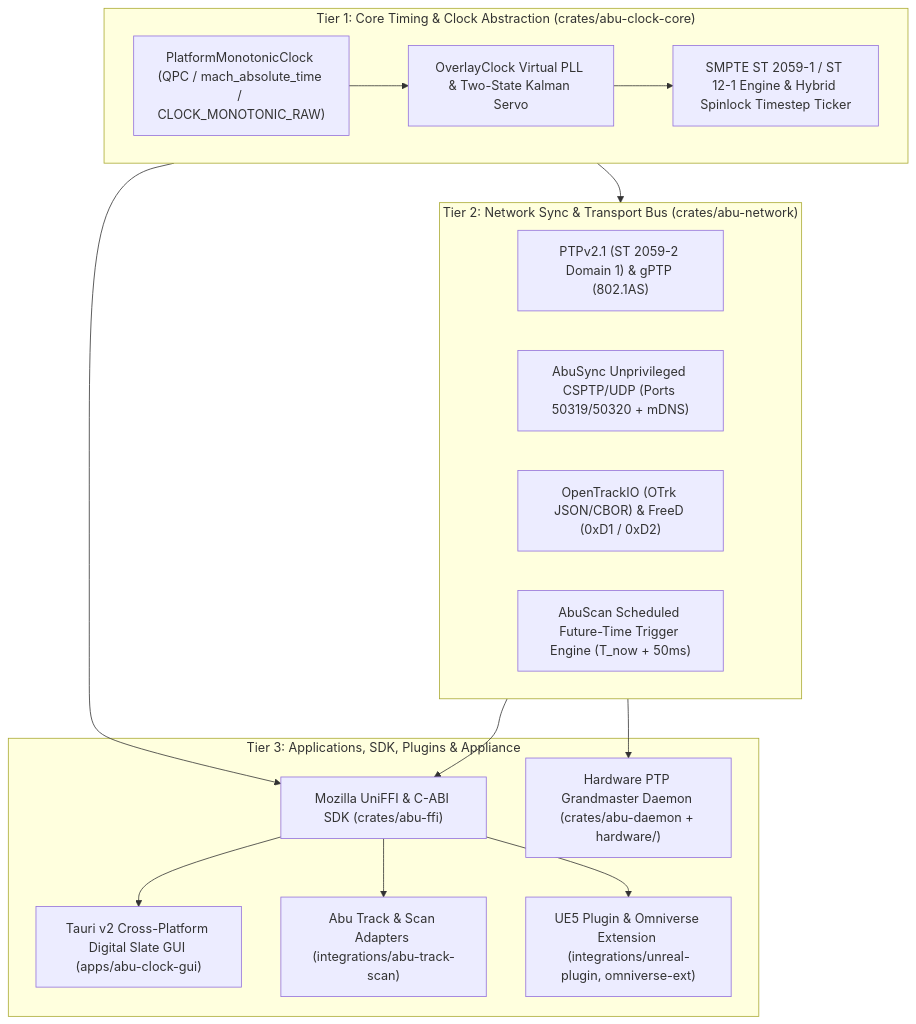
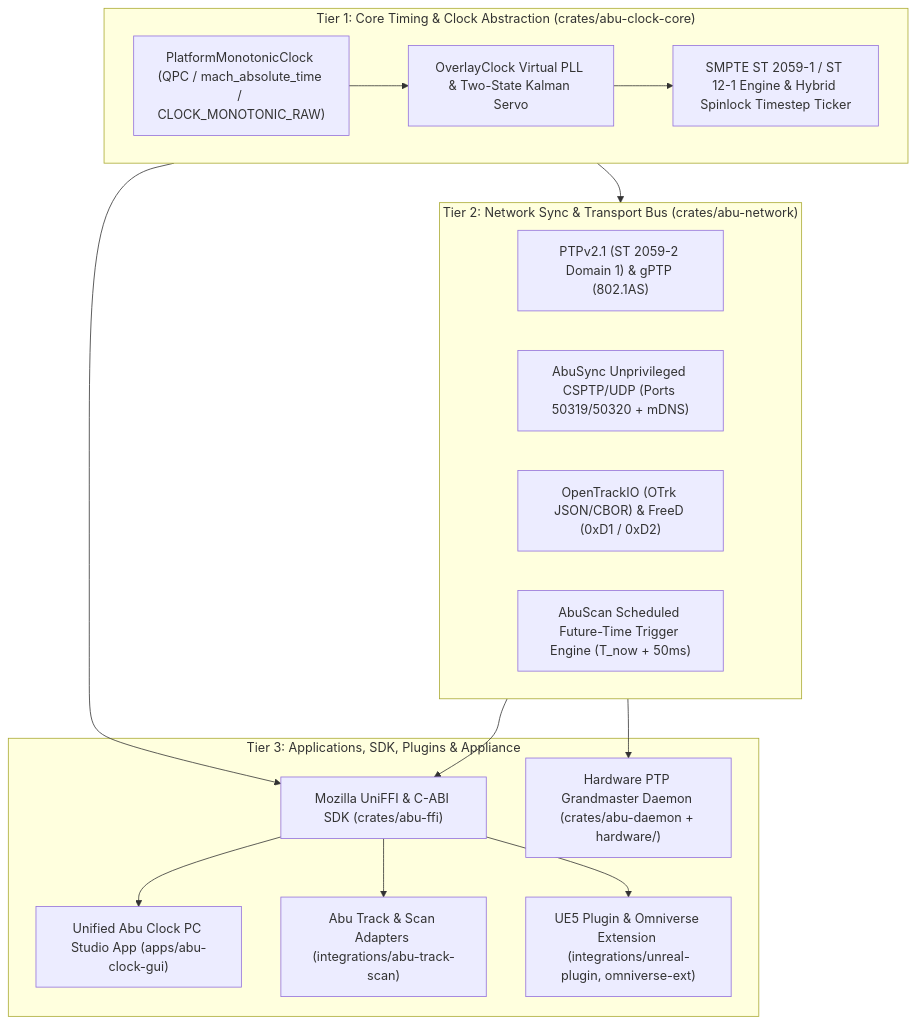
Before and after one commit to saemranian/abu-clock: the diagram in README.md, drawn with Mermaid. The commit also changed other lines of this file and 18 other files, not shown here.

````diff
--- a/README.md
+++ b/README.md
@@ -27,32 +37,32 @@
 ```mermaid
 flowchart TD
     subgraph Tier1["Tier 1: Core Timing & Clock Abstraction (crates/abu-clock-core)"]
         MClock["PlatformMonotonicClock (QPC / mach_absolute_time / CLOCK_MONOTONIC_RAW)"]
         OClock["OverlayClock Virtual PLL & Two-State Kalman Servo"]
         Smpte["SMPTE ST 2059-1 / ST 12-1 Engine & Hybrid Spinlock Timestep Ticker"]
         MClock --> OClock --> Smpte
     end
 
     subgraph Tier2["Tier 2: Network Sync & Transport Bus (crates/abu-network)"]
         PTP["PTPv2.1 (ST 2059-2 Domain 1) & gPTP (802.1AS)"]
         AbuSync["AbuSync Unprivileged CSPTP/UDP (Ports 50319/50320 + mDNS)"]
         Telemetry["OpenTrackIO (OTrk JSON/CBOR) & FreeD (0xD1 / 0xD2)"]
         Trigger["AbuScan Scheduled Future-Time Trigger Engine (T_now + 50ms)"]
     end
 
     subgraph Tier3["Tier 3: Applications, SDK, Plugins & Appliance"]
         FFI["Mozilla UniFFI & C-ABI SDK (crates/abu-ffi)"]
-        GUI["Tauri v2 Cross-Platform Digital Slate GUI (apps/abu-clock-gui)"]
+        GUI["Unified Abu Clock PC Studio App (apps/abu-clock-gui)"]
         TrackScan["Abu Track & Scan Adapters (integrations/abu-track-scan)"]
         Engines["UE5 Plugin & Omniverse Extension (integrations/unreal-plugin, omniverse-ext)"]
         Daemon["Hardware PTP Grandmaster Daemon (crates/abu-daemon + hardware/)"]
     end
 
     Tier1 --> Tier2
     Tier1 --> FFI
     Tier2 --> FFI
     Tier2 --> Daemon
     FFI --> GUI
     FFI --> TrackScan
     FFI --> Engines
 ```
````
